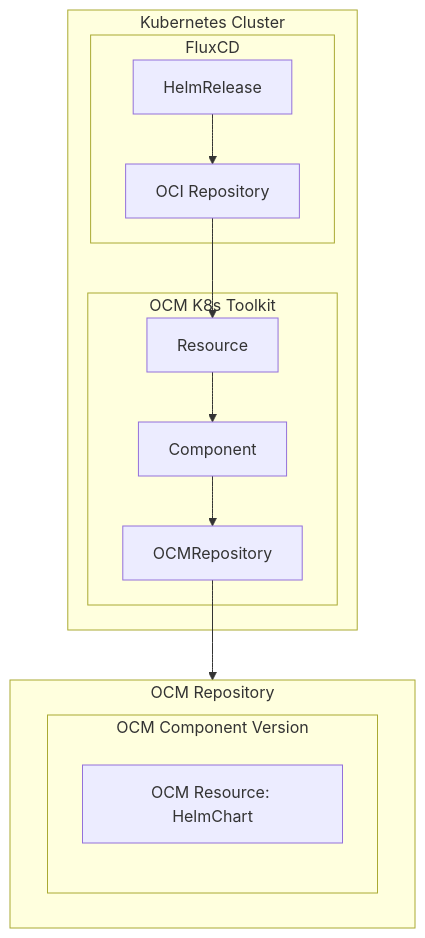
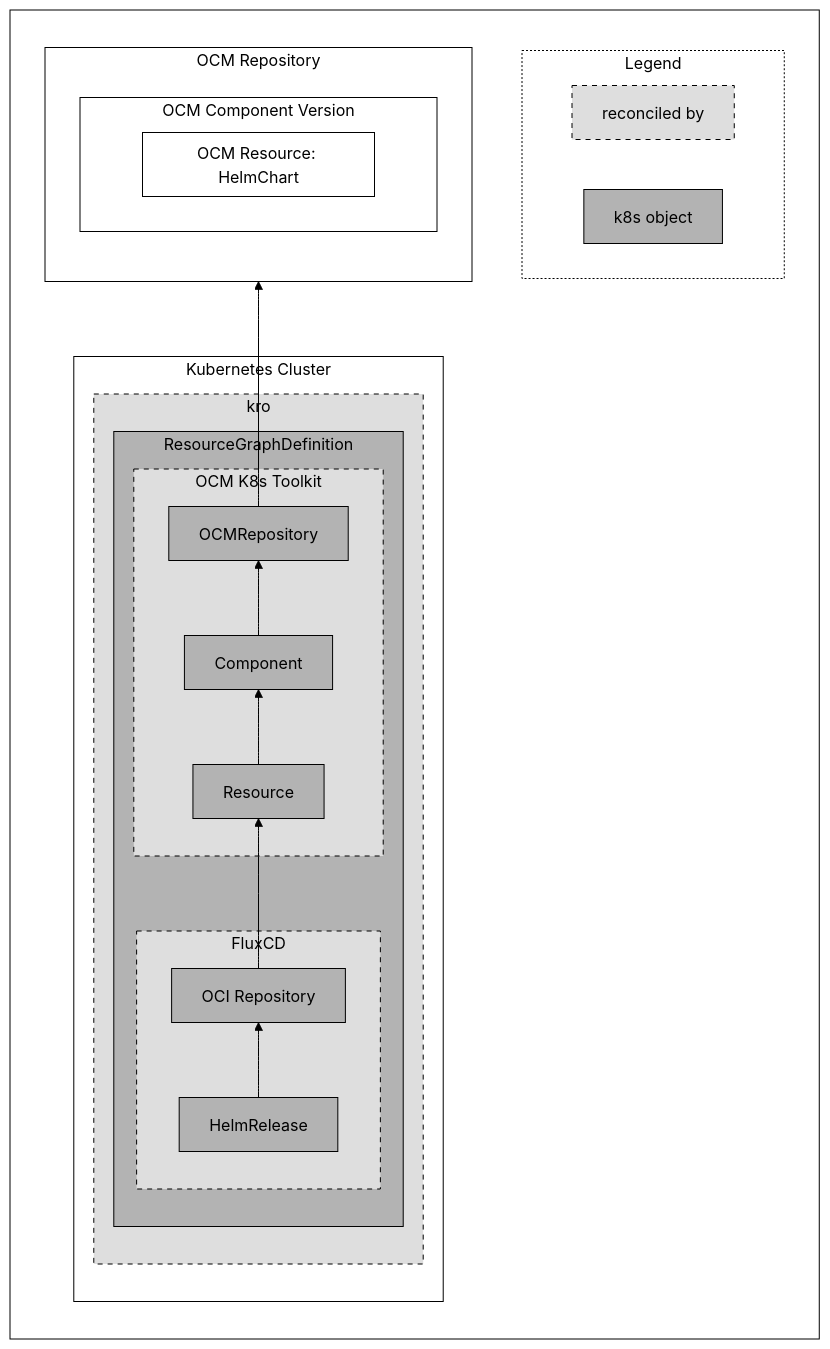
The diagram in README.md (open-component-model/ocm-k8s-toolkit), drawn with Mermaid before and after one commit. The commit also changed other lines of this file, not shown here.

Commit message:
include the resource graph definition to the basic architecture

````diff
--- a/README.md
+++ b/README.md
@@ -36,26 +42,54 @@
 ```mermaid
-flowchart TD
-    subgraph ocmRepo[OCM Repository]
-       subgraph ocmCV[OCM Component Version]
-           ocmResource[OCM Resource: HelmChart]
-       end
+flowchart BT
+    classDef cluster fill:white,color:black,stroke:black;
+    classDef reconciledBy fill:#dedede,stroke:black,stroke-dasharray: 5,color:black;
+    classDef k8sObject fill:#b3b3b3,color:black,stroke:black;
+    classDef ocm fill:white,stroke:black,color:black;
+    classDef legendStyle fill:white,stroke:black,color:black,stroke-dasharray: 2;
+
+    subgraph background[ ]
+        direction BT
+        subgraph legend[Legend]
+            direction LR
+            reconciledBy[reconciled by]
+            object[k8s object]
+        end
+
+        subgraph ocmRepo[OCM Repository]
+           subgraph ocmCV[OCM Component Version]
+               subgraph ocmResource[OCM Resource: HelmChart]
+               end
+           end
+        end
+
+        subgraph k8sCluster[Kubernetes Cluster]
+            subgraph kro[kro]
+                subgraph rgd[ResourceGraphDefinition]
+                    subgraph ocmK8sToolkit[OCM K8s Toolkit]
+                        k8sRepo[OCMRepository]
+                        k8sComponent[Component]
+                        k8sResource[Resource]
+                    end
+                    subgraph fluxCD[FluxCD]
+                        source[OCI Repository]
+                        deployment[HelmRelease]
+                    end
+                end
+            end
+        end
+
+        k8sRepo --> ocmRepo
+        k8sComponent --> k8sRepo
+        k8sResource --> k8sComponent
+        source --> k8sResource
+        deployment --> source
     end
 
-    subgraph k8sCluster[Kubernetes Cluster]
-        subgraph ocmK8sToolkit[OCM K8s Toolkit]
-            k8sRepo[OCMRepository]
-            k8sComponent[Component]
-            k8sResource[Resource]
-        end
-        subgraph FluxCD[FluxCD]
-            source[OCI Repository]
-            deployment[HelmRelease]
-        end
-    end
+    linkStyle default fill:none,stroke:black;
 
-    k8sRepo --> ocmRepo
-    k8sComponent --> k8sRepo
-    k8sResource --> k8sComponent
-    source --> k8sResource
-    deployment --> source
+    class reconciledBy,ocmK8sToolkit,fluxCD,kro reconciledBy;
+    class object,rgd,k8sRepo,k8sComponent,k8sResource,source,deployment k8sObject;
+    class ocmRepo,ocmCV,ocmResource ocm;
+    class k8sCluster cluster;
+    class legend legendStyle;
 ```
````
